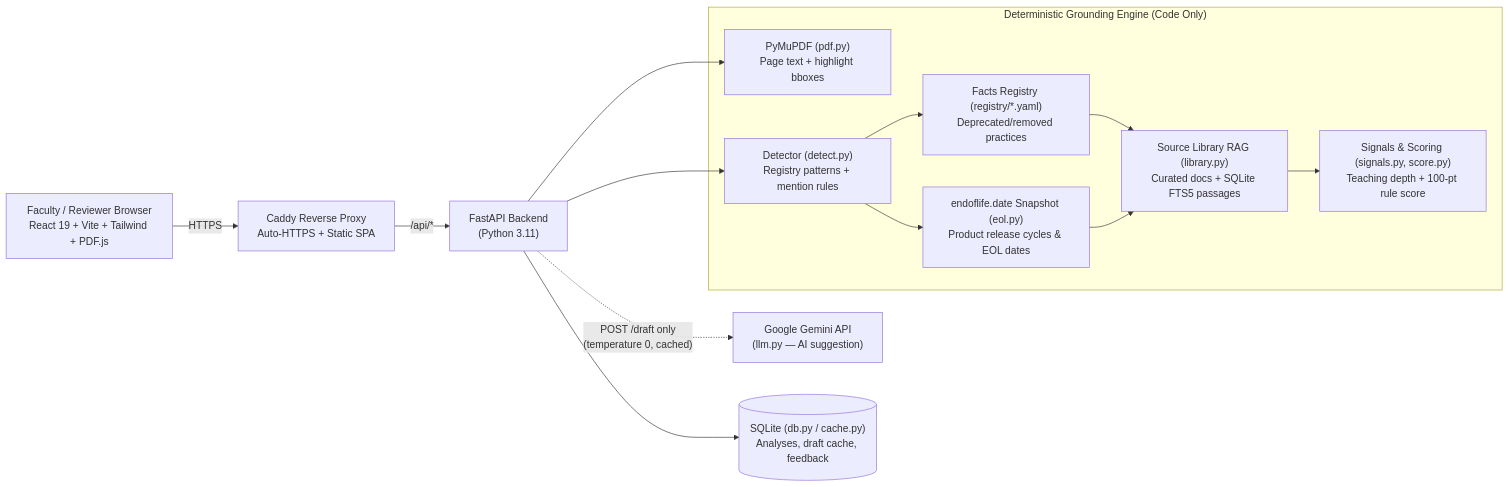
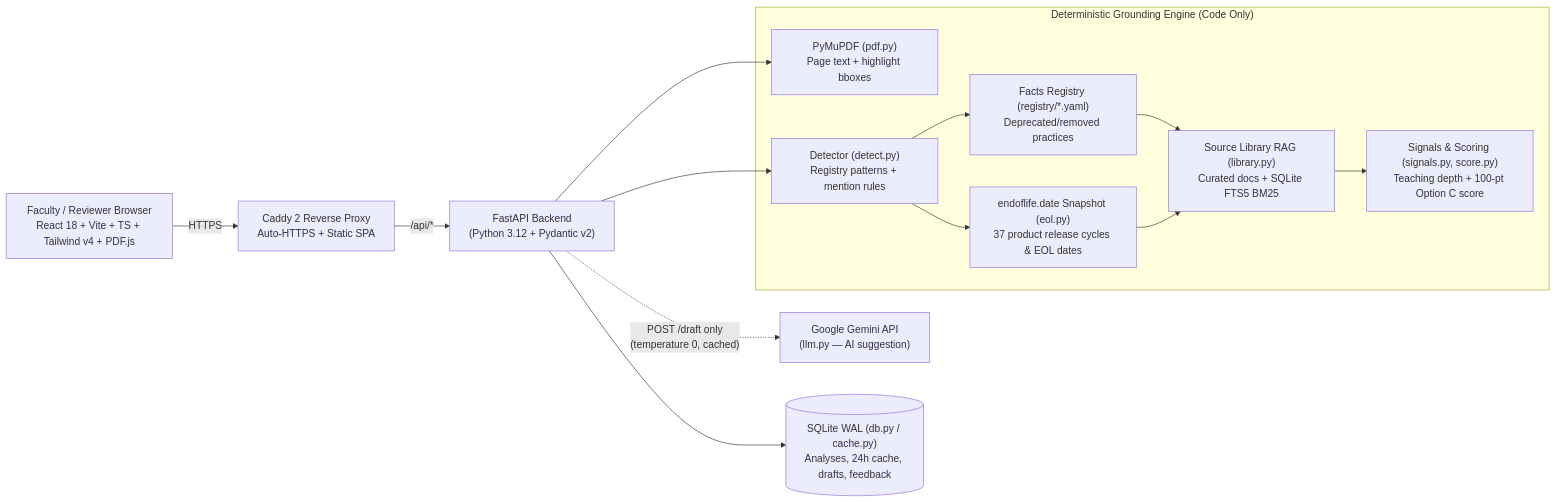
One commit to educ-jkescritor/GroundEd changed the first of 4 diagrams in docs/architecture.md. Above: the diagram before and after it, drawn with Mermaid. The commit also changed other lines of this file and 7 other files, not shown here.

First line of the commit message:
docs: refresh README, architecture, API examples and user flows

````diff
--- a/docs/architecture.md
+++ b/docs/architecture.md
@@ -9,25 +9,25 @@
 ```mermaid
 flowchart LR
-    U["Faculty / Reviewer Browser<br/>React 19 + Vite + Tailwind + PDF.js"] -->|HTTPS| C["Caddy Reverse Proxy<br/>Auto-HTTPS + Static SPA"]
-    C -->|/api/*| A["FastAPI Backend<br/>(Python 3.11)"]
+    U["Faculty / Reviewer Browser<br/>React 18 + Vite + TS + Tailwind v4 + PDF.js"] -->|HTTPS| C["Caddy 2 Reverse Proxy<br/>Auto-HTTPS + Static SPA"]
+    C -->|/api/*| A["FastAPI Backend<br/>(Python 3.12 + Pydantic v2)"]
 
     subgraph Core["Deterministic Grounding Engine (Code Only)"]
         P["PyMuPDF (pdf.py)<br/>Page text + highlight bboxes"]
         D["Detector (detect.py)<br/>Registry patterns + mention rules"]
         R["Facts Registry (registry/*.yaml)<br/>Deprecated/removed practices"]
-        E["endoflife.date Snapshot (eol.py)<br/>Product release cycles & EOL dates"]
-        L["Source Library RAG (library.py)<br/>Curated docs + SQLite FTS5 passages"]
-        S["Signals & Scoring (signals.py, score.py)<br/>Teaching depth + 100-pt rule score"]
+        E["endoflife.date Snapshot (eol.py)<br/>37 product release cycles & EOL dates"]
+        L["Source Library RAG (library.py)<br/>Curated docs + SQLite FTS5 BM25"]
+        S["Signals & Scoring (signals.py, score.py)<br/>Teaching depth + 100-pt Option C score"]
     end
 
     A --> P
     A --> D
     D --> R
     D --> E
     R --> L
     E --> L
     L --> S
 
     A -.->|"POST /draft only<br/>(temperature 0, cached)"| G["Google Gemini API<br/>(llm.py — AI suggestion)"]
-    A --> DB[("SQLite (db.py / cache.py)<br/>Analyses, draft cache, feedback")]
+    A --> DB[("SQLite WAL (db.py / cache.py)<br/>Analyses, 24h cache, drafts, feedback")]
 ```
````
